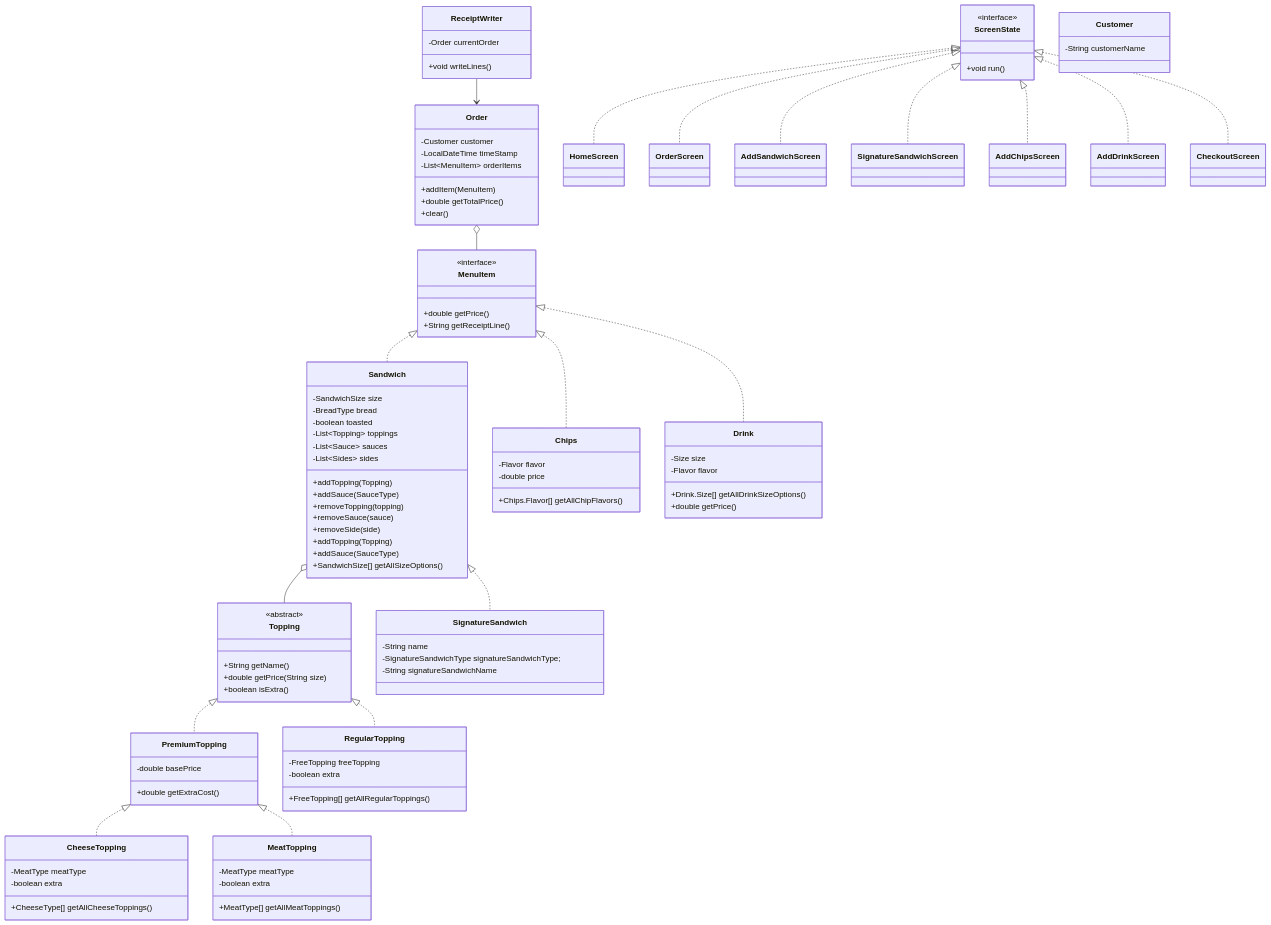
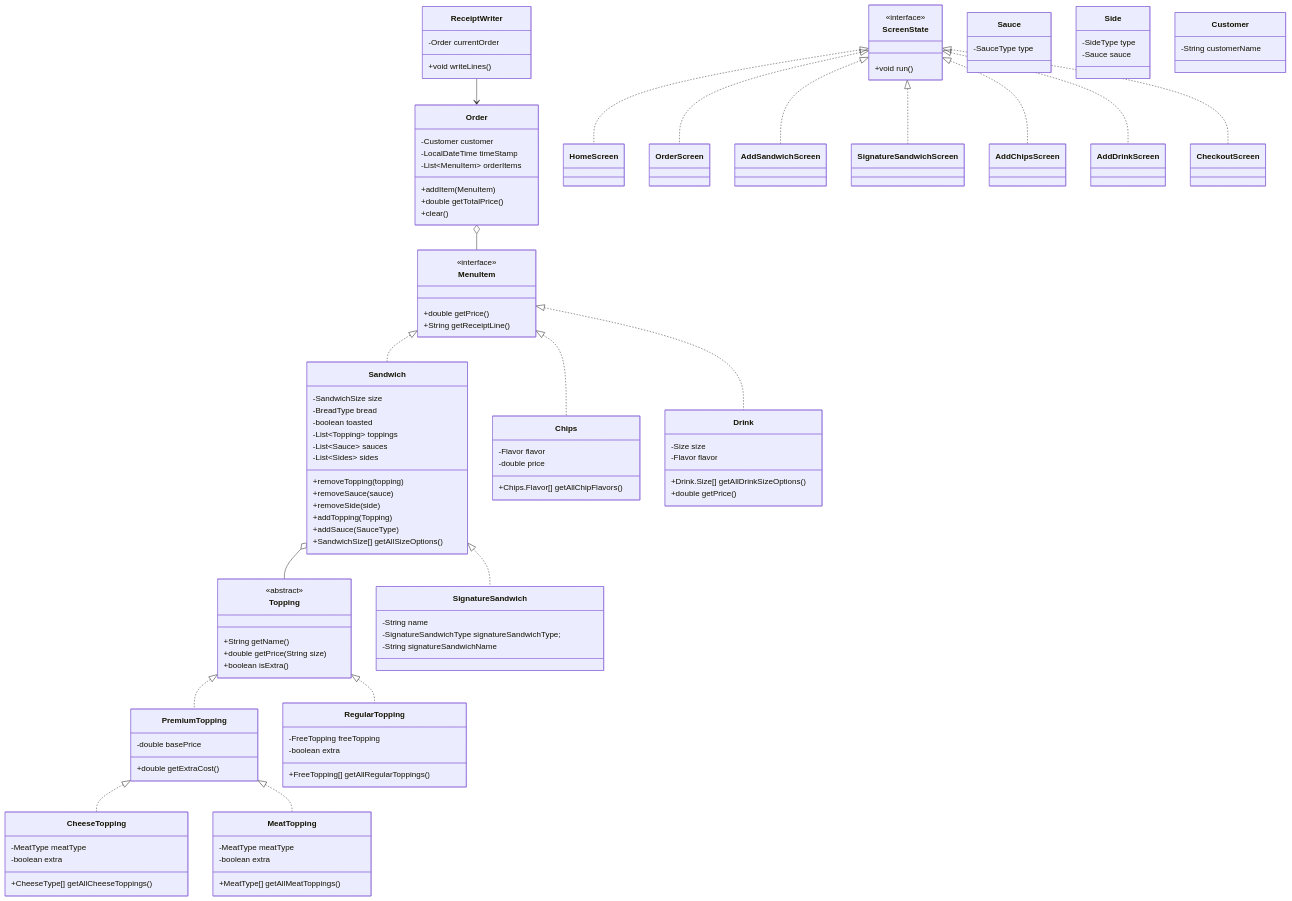
One commit to annaharbour/deli-cious changed the diagram in README.md. Above: the diagram before and after it, drawn with Mermaid.

Commit message:
Update README.md
added Sauce and Side

```diff
--- a/README.md
+++ b/README.md
@@ -34,8 +34,6 @@
         -List~Topping~ toppings
         -List~Sauce~ sauces
         -List~Sides~ sides
-        +addTopping(Topping)
-        +addSauce(SauceType)
         +removeTopping(topping)
         +removeSauce(sauce)
         +removeSide(side)
@@ -72,6 +70,16 @@
         -boolean extra
         +CheeseType[] getAllCheeseToppings()
     }
+
+    class Sauce {
+        -SauceType type
+    }
+    
+    class Side {
+        -SideType type
+        -Sauce sauce
+    }
+
 
     class Chips {
         -Flavor flavor
```
